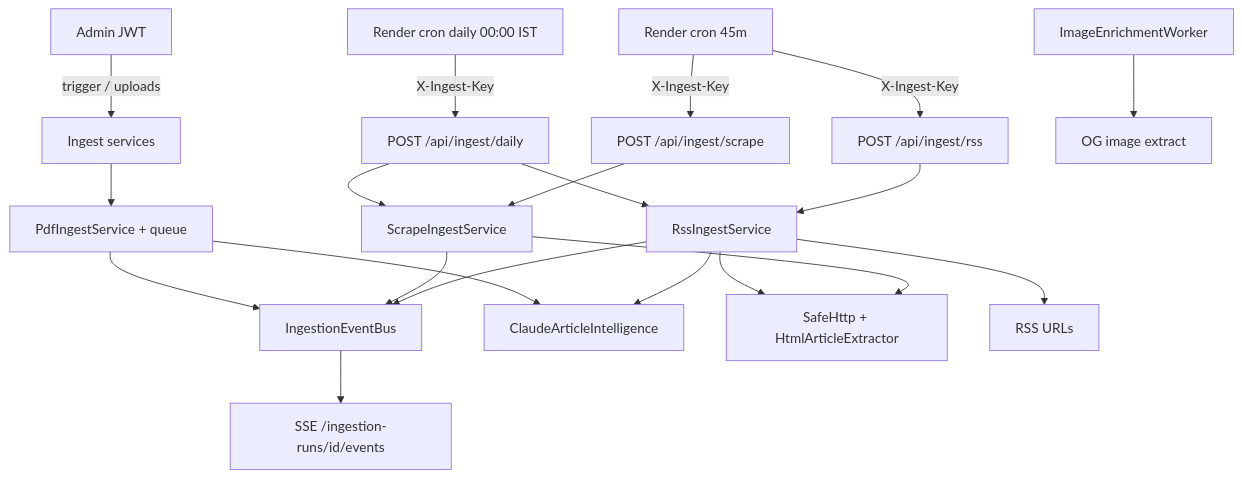
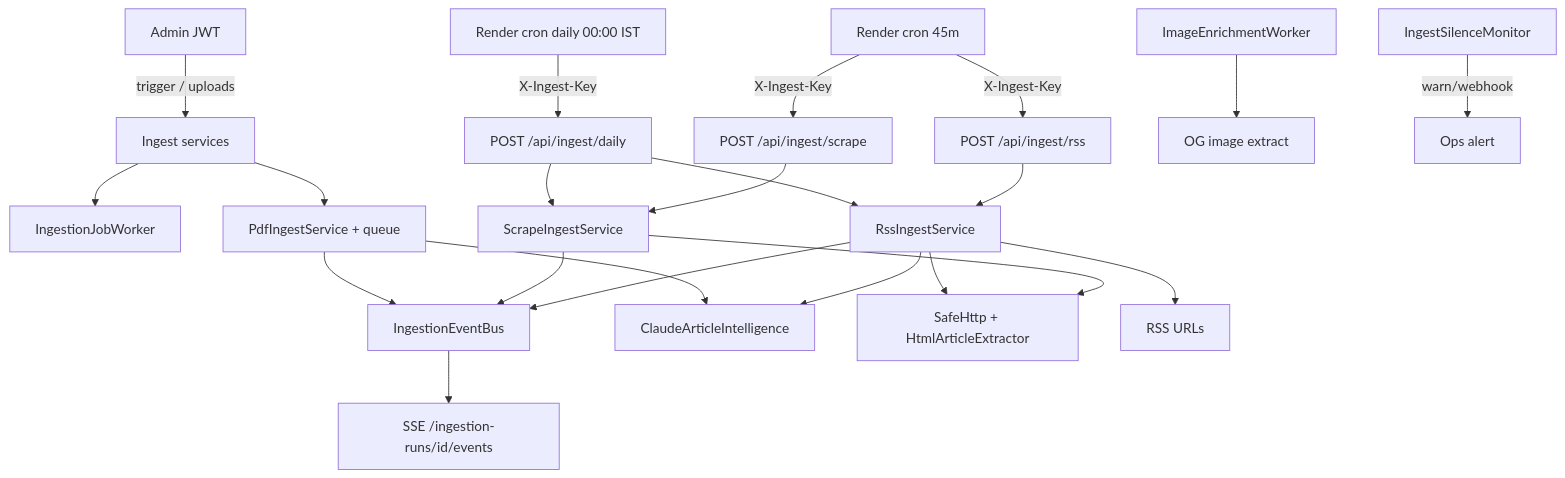
Before and after one commit to sshivanshg/TAZAkhabar: the first of 2 diagrams in docs/architecture/04-ingestion.md, drawn with Mermaid. The commit also changed other lines of this file and 73 other files, not shown here.

Commit message:
Improve application architecture and user experience

````diff
--- a/docs/architecture/04-ingestion.md
+++ b/docs/architecture/04-ingestion.md
@@ -17,22 +17,24 @@
 ```mermaid
 flowchart TB
   Cron[Render cron 45m] -->|X-Ingest-Key| RssEP[POST /api/ingest/rss]
   Cron -->|X-Ingest-Key| ScrapeEP[POST /api/ingest/scrape]
   DailyCron[Render cron daily 00:00 IST] -->|X-Ingest-Key| DailyEP[POST /api/ingest/daily]
   Admin[Admin JWT] -->|trigger / uploads| API[Ingest services]
+  API --> Job[IngestionJobWorker]
   RssEP --> RssSvc[RssIngestService]
   ScrapeEP --> ScrapeSvc[ScrapeIngestService]
   DailyEP --> RssSvc
   DailyEP --> ScrapeSvc
   API --> PdfSvc[PdfIngestService + queue]
   RssSvc --> Bus[IngestionEventBus]
   ScrapeSvc --> Bus
   PdfSvc --> Bus
   Bus --> SSE[SSE /ingestion-runs/id/events]
   RssSvc --> Claude[ClaudeArticleIntelligence]
   PdfSvc --> Claude
   ScrapeSvc --> HTML[SafeHttp + HtmlArticleExtractor]
   RssSvc --> HTML
   RssSvc --> Feeds[RSS URLs]
   ImgQ[ImageEnrichmentWorker] --> OG[OG image extract]
+  Silence[IngestSilenceMonitor] -->|warn/webhook| Alert[Ops alert]
 ```
````
